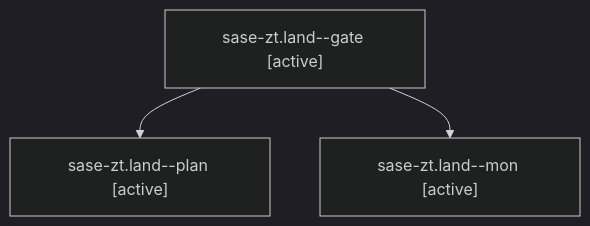
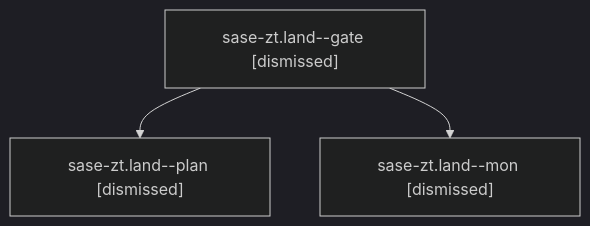
The diagram in sessions/bbugyi200.athena.sase-zt.land.md (sase-org/sase--agents), drawn with Mermaid (dark theme) before and after one commit. The commit also changed other lines of this file and 209 other files, not shown here.

````diff
--- a/sessions/bbugyi200.athena.sase-zt.land.md
+++ b/sessions/bbugyi200.athena.sase-zt.land.md
@@ -9,8 +9,8 @@
 ```mermaid
 flowchart TD
-  n0["sase-zt.land--gate [active]"]
-  n1["sase-zt.land--plan [active]"]
+  n0["sase-zt.land--gate [dismissed]"]
+  n1["sase-zt.land--plan [dismissed]"]
   n0 --> n1
-  n2["sase-zt.land--mon [active]"]
+  n2["sase-zt.land--mon [dismissed]"]
   n0 --> n2
 ```
````
